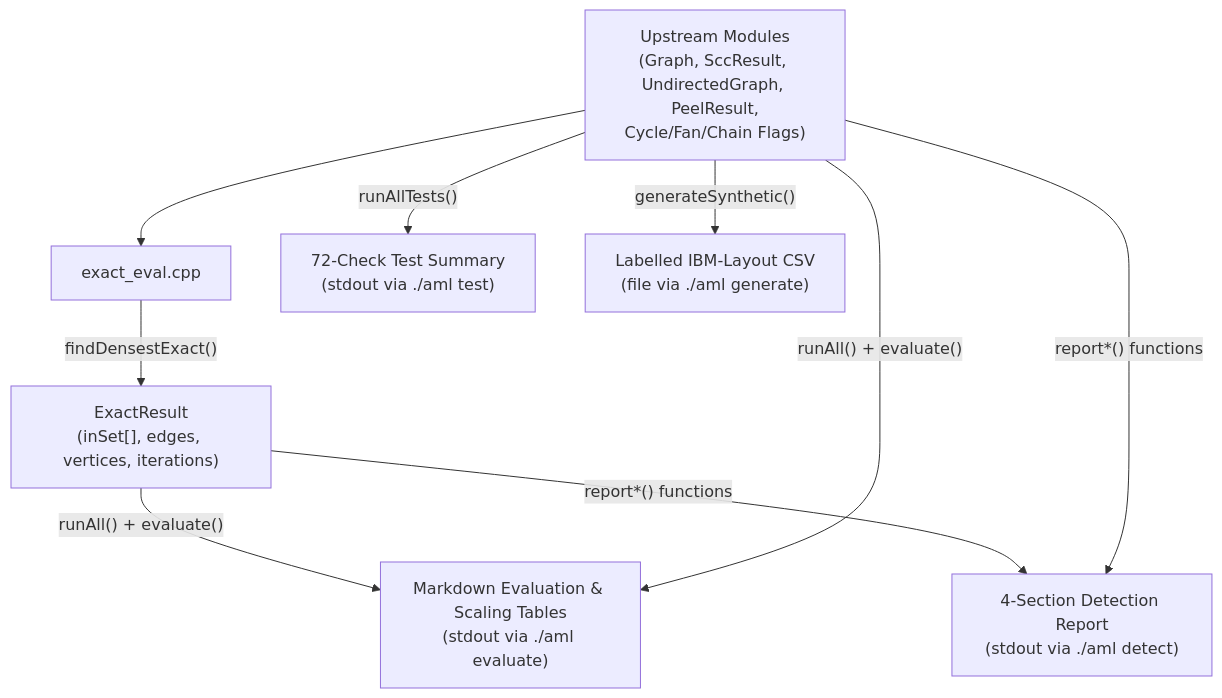
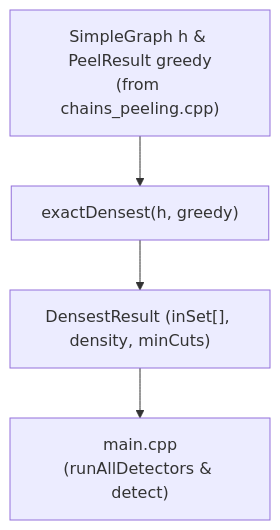
Before and after one commit to Adityaa-Saha17/money-laudering-ring-detection: the diagram in docs/exact_eval.md, drawn with Mermaid. The commit also changed other lines of this file and 16 other files, not shown here.

````diff
--- a/docs/exact_eval.md
+++ b/docs/exact_eval.md
@@ -121,9 +63,6 @@
 ```mermaid
 flowchart TD
-    UP["Upstream Modules<br/>(Graph, SccResult, UndirectedGraph, PeelResult,<br/>Cycle/Fan/Chain Flags)"] --> EXACT["exact_eval.cpp"]
-    EXACT -->|"findDensestExact()"| ERES["ExactResult<br/>(inSet[], edges, vertices, iterations)"]
-    ERES & UP -->|"runAll() + evaluate()"| EVAL["Markdown Evaluation & Scaling Tables<br/>(stdout via ./aml evaluate)"]
-    ERES & UP -->|"report*() functions"| DET["4-Section Detection Report<br/>(stdout via ./aml detect)"]
-    UP -->|"runAllTests()"| TEST["72-Check Test Summary<br/>(stdout via ./aml test)"]
-    UP -->|"generateSynthetic()"| CSVOUT["Labelled IBM-Layout CSV<br/>(file via ./aml generate)"]
+    H["SimpleGraph h & PeelResult greedy<br/>(from chains_peeling.cpp)"] --> EXACT["exactDensest(h, greedy)"]
+    EXACT --> RES["DensestResult (inSet[], density, minCuts)"]
+    RES --> MAIN["main.cpp<br/>(runAllDetectors & detect)"]
 ```
````
